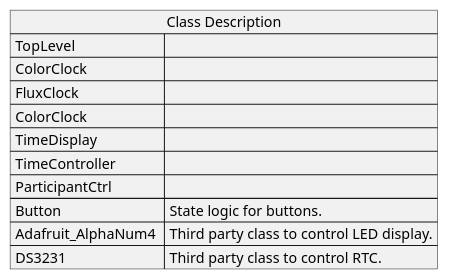
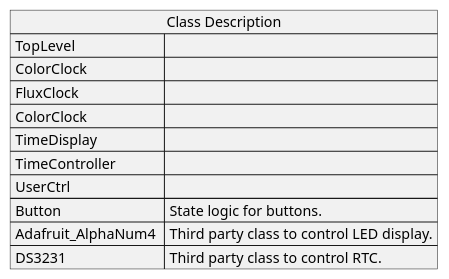
Before and after one commit to rebeccajennifer/color-clock: the diagram in docs/sw-docs/plant-uml/color-clock-class-descriptions.puml, drawn with PlantUML. The commit also changed 8 other files, not shown here.

```diff
--- a/docs/sw-docs/plant-uml/color-clock-class-descriptions.puml
+++ b/docs/sw-docs/plant-uml/color-clock-class-descriptions.puml
@@ -1,16 +1,16 @@
 @startuml
 '_______________________________________________________________________
 ' Class descriptions
 json "Class Description" as class_desc {
   "TopLevel           " : ""
 , "ColorClock         " : ""
 , "FluxClock          " : ""
 , "ColorClock         " : ""
 , "TimeDisplay        " : ""
 , "TimeController     " : ""
-, "ParticipantCtrl    " : ""
-, "Button    " : "State logic for buttons."
+, "UserCtrl           " : ""
+, "Button             " : "State logic for buttons."
 , "Adafruit_AlphaNum4 " : "Third party class to control LED display."
 , "DS3231             " : "Third party class to control RTC."
 }
 @enduml
```
